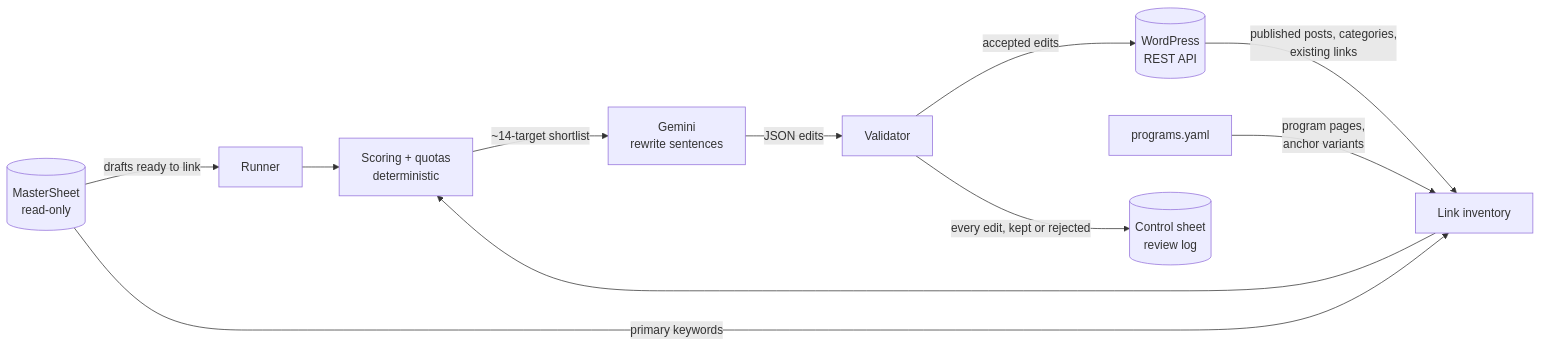
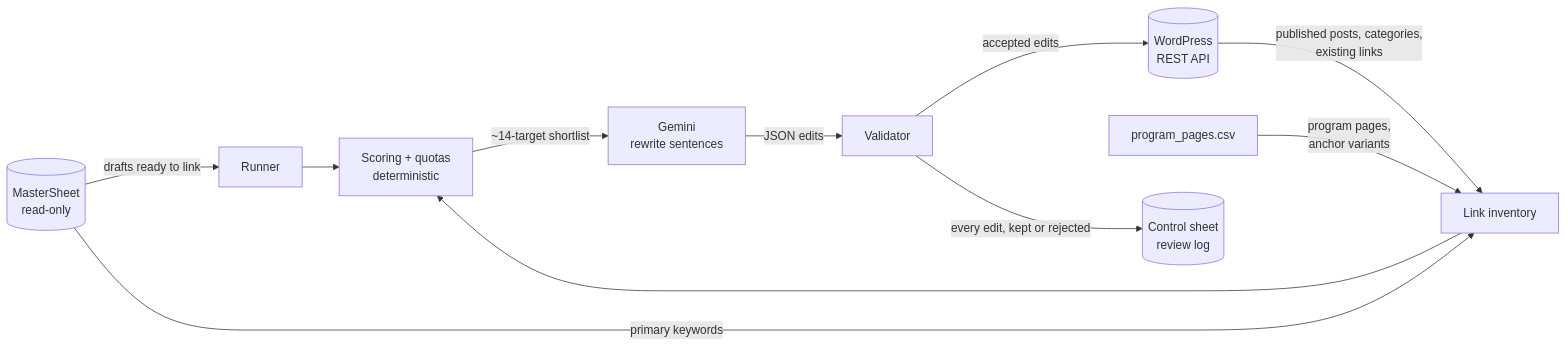
Before and after one commit to Prakhar-998/Scaler_Varsity_Internal_Linking: the diagram in README.md, drawn with Mermaid. The commit also changed other lines of this file and 10 other files, not shown here.

First line of the commit message:
Move program landing pages into an editable program_pages.csv

````diff
--- a/README.md
+++ b/README.md
@@ -13,13 +13,13 @@
 ```mermaid
 flowchart LR
     MS[(MasterSheet<br/>read-only)] -->|drafts ready to link| R[Runner]
     WP[(WordPress<br/>REST API)] -->|published posts, categories,<br/>existing links| INV[Link inventory]
     MS -->|primary keywords| INV
-    CFG[programs.yaml] -->|program pages,<br/>anchor variants| INV
+    CFG[program_pages.csv] -->|program pages,<br/>anchor variants| INV
     INV --> SC[Scoring + quotas<br/>deterministic]
     R --> SC
     SC -->|~14-target shortlist| LLM[Gemini<br/>rewrite sentences]
     LLM -->|JSON edits| V[Validator]
     V -->|accepted edits| WP
     V -->|every edit, kept or rejected| CS[(Control sheet<br/>review log)]
 ```
````
